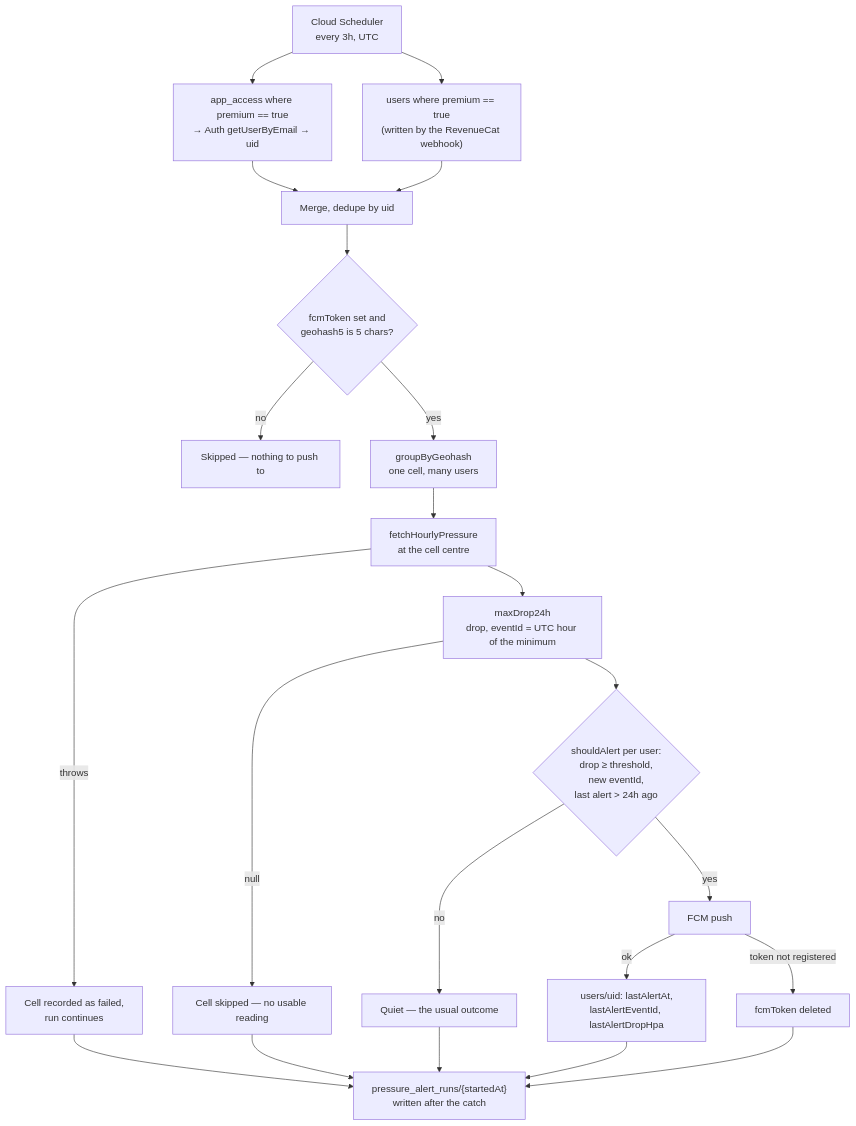
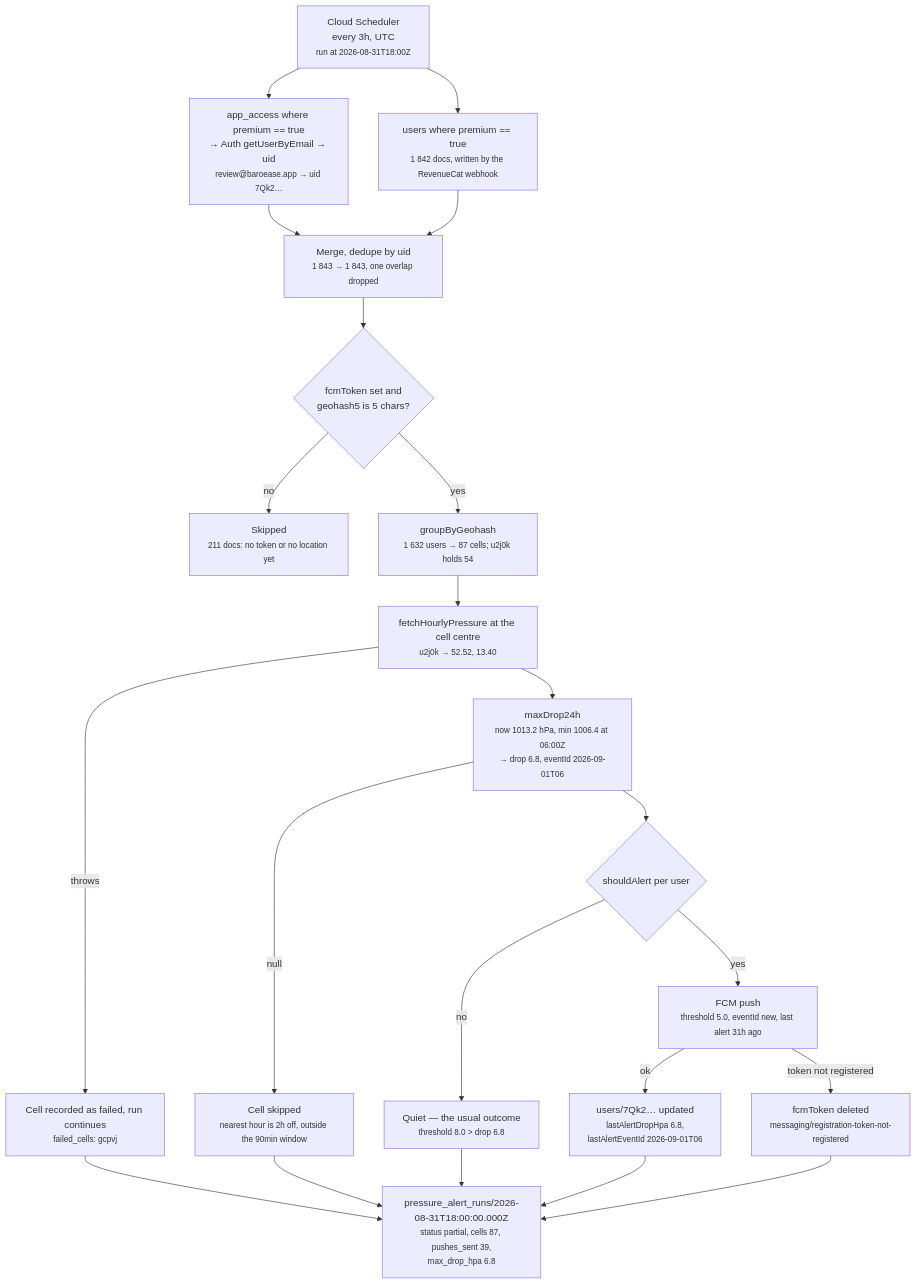
One commit to DAMHONGDUC/migraine-tracker changed the third of 3 diagrams in README.md. Above: the diagram before and after it, drawn with Mermaid. The commit also changed other lines of this file and 4 other files, not shown here.

````diff
--- a/README.md
+++ b/README.md
@@ -239,24 +239,24 @@
 ```mermaid
 flowchart TD
-  A["Cloud Scheduler<br/>every 3h, UTC"] --> B["app_access where premium == true<br/>→ Auth getUserByEmail → uid"]
-  A --> C["users where premium == true<br/>(written by the RevenueCat webhook)"]
-  B --> D["Merge, dedupe by uid"]
+  A["Cloud Scheduler<br/>every 3h, UTC<br/><small>run at 2026-08-31T18:00Z</small>"] --> B["app_access where premium == true<br/>→ Auth getUserByEmail → uid<br/><small>review@baroease.app → uid 7Qk2…</small>"]
+  A --> C["users where premium == true<br/><small>1 842 docs, written by the RevenueCat webhook</small>"]
+  B --> D["Merge, dedupe by uid<br/><small>1 843 → 1 843, one overlap dropped</small>"]
   C --> D
   D --> E{"fcmToken set and<br/>geohash5 is 5 chars?"}
-  E -- "no" --> F["Skipped — nothing to push to"]
-  E -- "yes" --> G["groupByGeohash<br/>one cell, many users"]
-  G --> H["fetchHourlyPressure<br/>at the cell centre"]
-  H -- "throws" --> I["Cell recorded as failed,<br/>run continues"]
-  H --> J["maxDrop24h<br/>drop, eventId = UTC hour of the minimum"]
-  J -- "null" --> K["Cell skipped — no usable reading"]
-  J --> L{"shouldAlert per user:<br/>drop ≥ threshold,<br/>new eventId,<br/>last alert > 24h ago"}
-  L -- "no" --> M["Quiet — the usual outcome"]
-  L -- "yes" --> N["FCM push"]
-  N -- "ok" --> O["users/uid: lastAlertAt,<br/>lastAlertEventId, lastAlertDropHpa"]
-  N -- "token not registered" --> P["fcmToken deleted"]
+  E -- "no" --> F["Skipped<br/><small>211 docs: no token or no location yet</small>"]
+  E -- "yes" --> G["groupByGeohash<br/><small>1 632 users → 87 cells; u2j0k holds 54</small>"]
+  G --> H["fetchHourlyPressure at the cell centre<br/><small>u2j0k → 52.52, 13.40</small>"]
+  H -- "throws" --> I["Cell recorded as failed, run continues<br/><small>failed_cells: gcpvj</small>"]
+  H --> J["maxDrop24h<br/><small>now 1013.2 hPa, min 1006.4 at 06:00Z<br/>→ drop 6.8, eventId 2026-09-01T06</small>"]
+  J -- "null" --> K["Cell skipped<br/><small>nearest hour is 2h off, outside the 90min window</small>"]
+  J --> L{"shouldAlert per user"}
+  L -- "no" --> M["Quiet — the usual outcome<br/><small>threshold 8.0 &gt; drop 6.8</small>"]
+  L -- "yes" --> N["FCM push<br/><small>threshold 5.0, eventId new, last alert 31h ago</small>"]
+  N -- "ok" --> O["users/7Qk2… updated<br/><small>lastAlertDropHpa 6.8,<br/>lastAlertEventId 2026-09-01T06</small>"]
+  N -- "token not registered" --> P["fcmToken deleted<br/><small>messaging/registration-token-not-registered</small>"]
   I --> Q
   K --> Q
   M --> Q
   O --> Q
-  P --> Q["pressure_alert_runs/{startedAt}<br/>written after the catch"]
+  P --> Q["pressure_alert_runs/2026-08-31T18:00:00.000Z<br/><small>status partial, cells 87, pushes_sent 39,<br/>max_drop_hpa 6.8</small>"]
 ```
````
